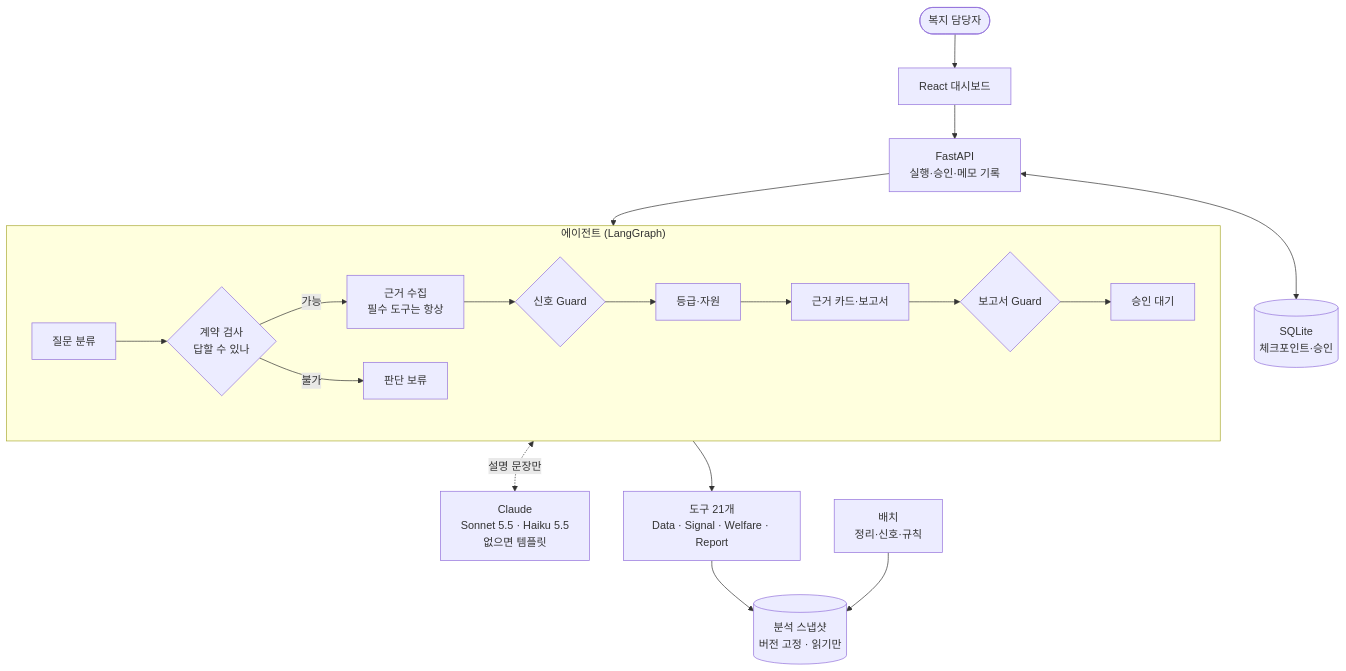
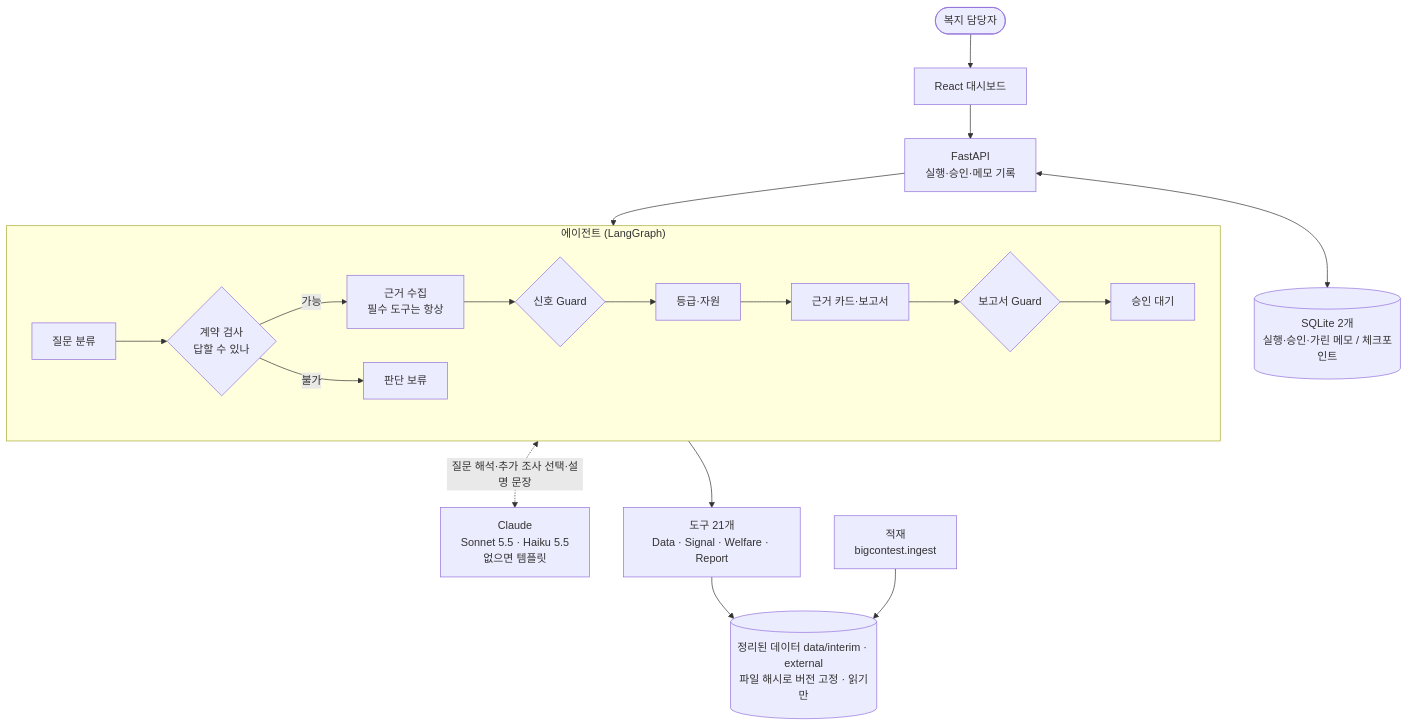
Before and after one commit to taeyeon715/BigDataContest_social-isolation-LINK-Radar: the third of 4 diagrams in README.md, drawn with Mermaid. The commit also changed other lines of this file and 23 other files, not shown here.

````diff
--- a/README.md
+++ b/README.md
@@ -186,22 +186,22 @@
 ```mermaid
 flowchart TB
     U(["복지 담당자"]) --> WEB["React 대시보드"]
     WEB --> API["FastAPI<br/>실행·승인·메모 기록"]
-    API <--> DB[("SQLite<br/>체크포인트·승인")]
+    API <--> DB[("SQLite 2개<br/>실행·승인·가린 메모 / 체크포인트")]
     API --> AG
 
     subgraph AG["에이전트 (LangGraph)"]
         direction LR
         CL["질문 분류"] --> CT{"계약 검사<br/>답할 수 있나"}
         CT -->|가능| SG["근거 수집<br/>필수 도구는 항상"]
         CT -->|불가| AB["판단 보류"]
         SG --> G1{"신호 Guard"}
         G1 --> LV["등급·자원"] --> RP["근거 카드·보고서"] --> G2{"보고서 Guard"}
         G2 --> AP["승인 대기"]
     end
 
-    AG <-.설명 문장만.-> LLM["Claude<br/>Sonnet 5.5 · Haiku 5.5<br/>없으면 템플릿"]
+    AG <-.질문 해석·추가 조사 선택·설명 문장.-> LLM["Claude<br/>Sonnet 5.5 · Haiku 5.5<br/>없으면 템플릿"]
     AG --> T["도구 21개<br/>Data · Signal · Welfare · Report"]
-    T --> SNAP[("분석 스냅샷<br/>버전 고정 · 읽기만")]
-    BATCH["배치<br/>정리·신호·규칙"] --> SNAP
+    T --> SNAP[("정리된 데이터 data/interim · external<br/>파일 해시로 버전 고정 · 읽기만")]
+    BATCH["적재<br/>bigcontest.ingest"] --> SNAP
 ```
````
